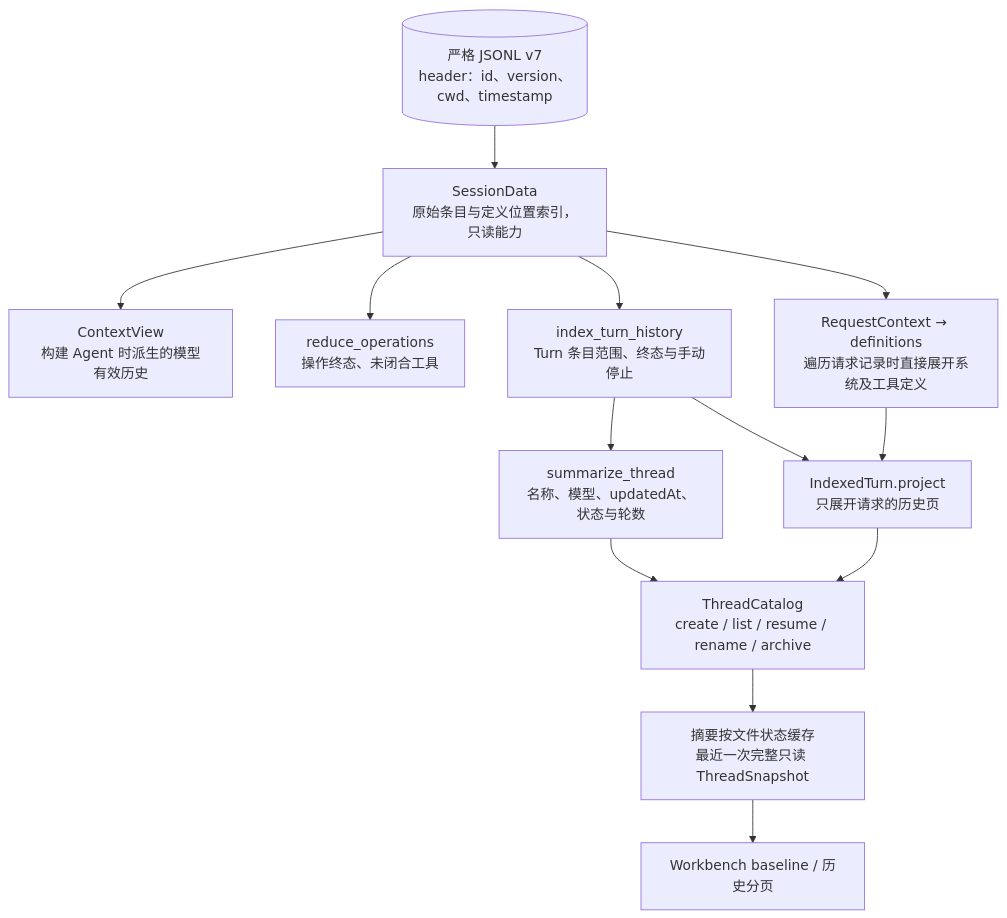
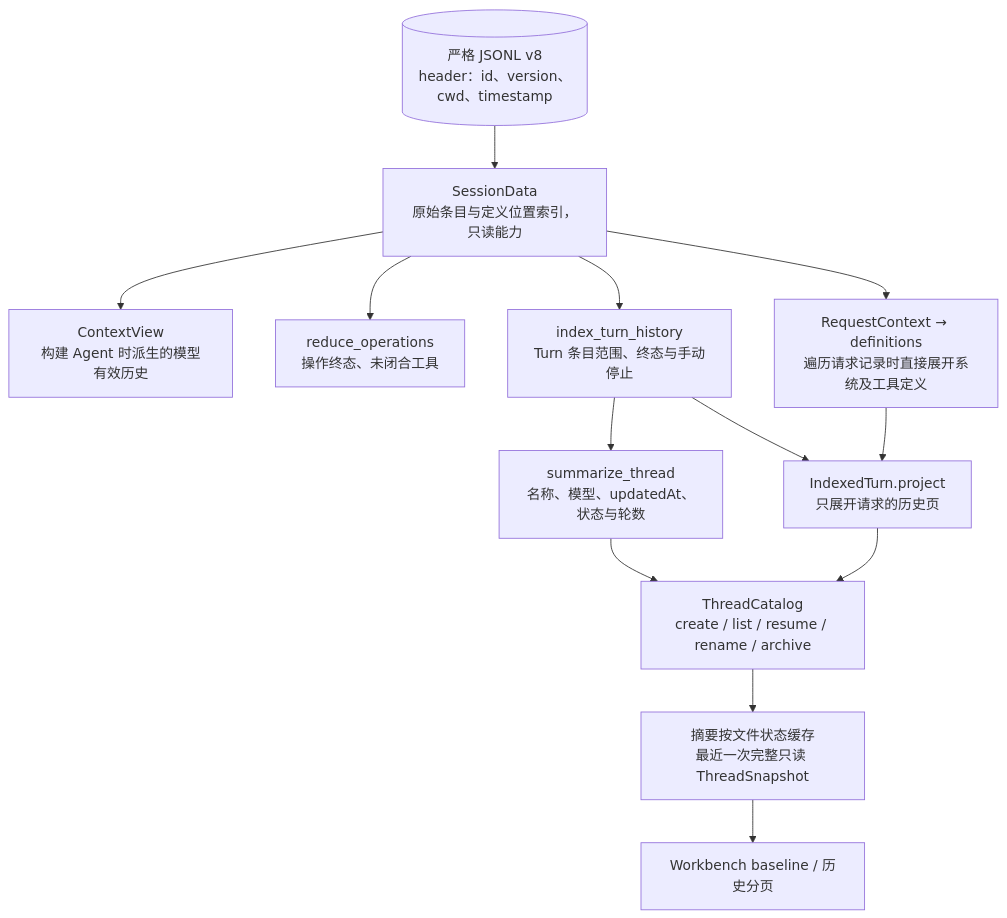
Diagram 27 of 29 in docs/singularity.md (qjcnmd/singularity-agent), drawn with Mermaid before and after one commit. The commit also changed other lines of this file and 44 other files, not shown here.

````diff
--- a/docs/singularity.md
+++ b/docs/singularity.md
@@ -718,16 +718,16 @@
 ```mermaid
 flowchart TB
-    JSONL[("严格 JSONL v7<br/>header：id、version、cwd、timestamp")]
+    JSONL[("严格 JSONL v8<br/>header：id、version、cwd、timestamp")]
     JSONL --> Data["SessionData<br/>原始条目与定义位置索引，只读能力"]
     Data --> Context["ContextView<br/>构建 Agent 时派生的模型有效历史"]
     Data --> Operations["reduce_operations<br/>操作终态、未闭合工具"]
     Data --> Turns["index_turn_history<br/>Turn 条目范围、终态与手动停止"]
     Turns --> Summary["summarize_thread<br/>名称、模型、updatedAt、状态与轮数"]
     Turns --> Page["IndexedTurn.project<br/>只展开请求的历史页"]
     Data --> Requests["RequestContext → definitions<br/>遍历请求记录时直接展开系统及工具定义"]
     Summary --> Catalog["ThreadCatalog<br/>create / list / resume / rename / archive"]
     Page --> Catalog
     Requests --> Page
     Catalog --> Cache["摘要按文件状态缓存<br/>最近一次完整只读 ThreadSnapshot"]
     Cache --> WB["Workbench baseline / 历史分页"]
 ```
````
